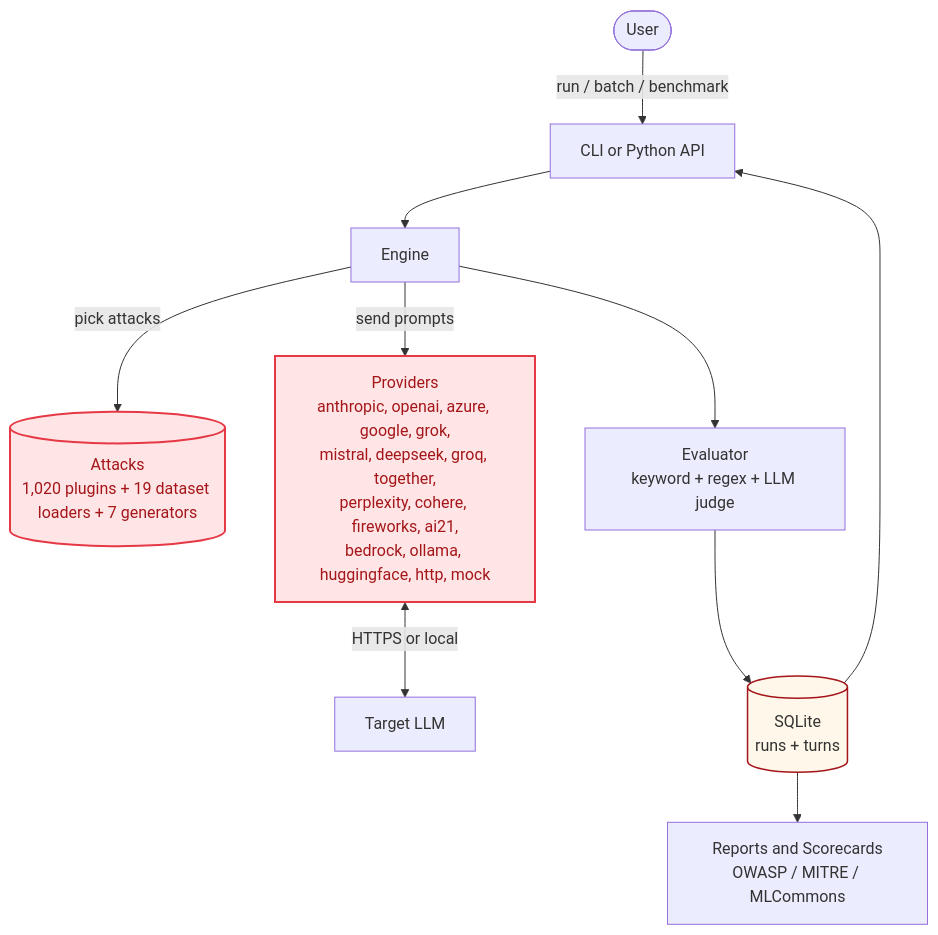
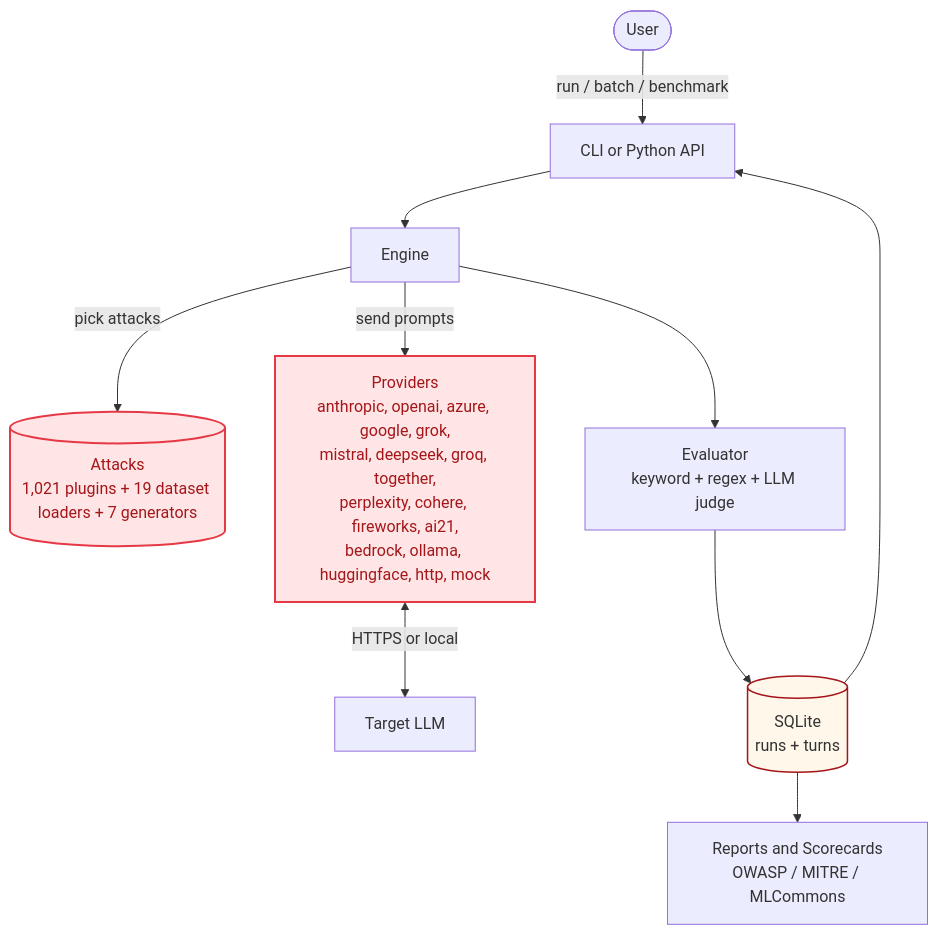
The diagram in docs/architecture/overview.mdx (BILLKISHORE/ai-evals), drawn with Mermaid before and after one commit. The commit also changed other lines of this file and 14 other files, not shown here.

````diff
--- a/docs/architecture/overview.mdx
+++ b/docs/architecture/overview.mdx
@@ -10,17 +10,17 @@
 ```mermaid
 flowchart TB
     User([User]) -->|run / batch / benchmark| CLI[CLI or Python API]
     CLI --> Engine[Engine]
-    Engine -->|pick attacks| Attacks[(Attacks<br/>1,020 plugins + 19 dataset loaders + 7 generators)]
+    Engine -->|pick attacks| Attacks[(Attacks<br/>1,021 plugins + 19 dataset loaders + 7 generators)]
     Engine -->|send prompts| Providers[Providers<br/>anthropic, openai, azure, google, grok,<br/>mistral, deepseek, groq, together,<br/>perplexity, cohere, fireworks, ai21,<br/>bedrock, ollama, huggingface, http, mock]
     Providers <-->|HTTPS or local| Model[Target LLM]
     Engine --> Evaluator[Evaluator<br/>keyword + regex + LLM judge]
     Evaluator --> Storage[(SQLite<br/>runs + turns)]
     Storage --> Reports[Reports and Scorecards<br/>OWASP / MITRE / MLCommons]
     Storage --> CLI
 
     classDef plugin fill:#FFE5E5,stroke:#E63946,stroke-width:2px,color:#A4161A
     classDef store fill:#FFF7EA,stroke:#A4161A,stroke-width:1.5px
     class Attacks,Providers plugin
     class Storage store
 ```
````
